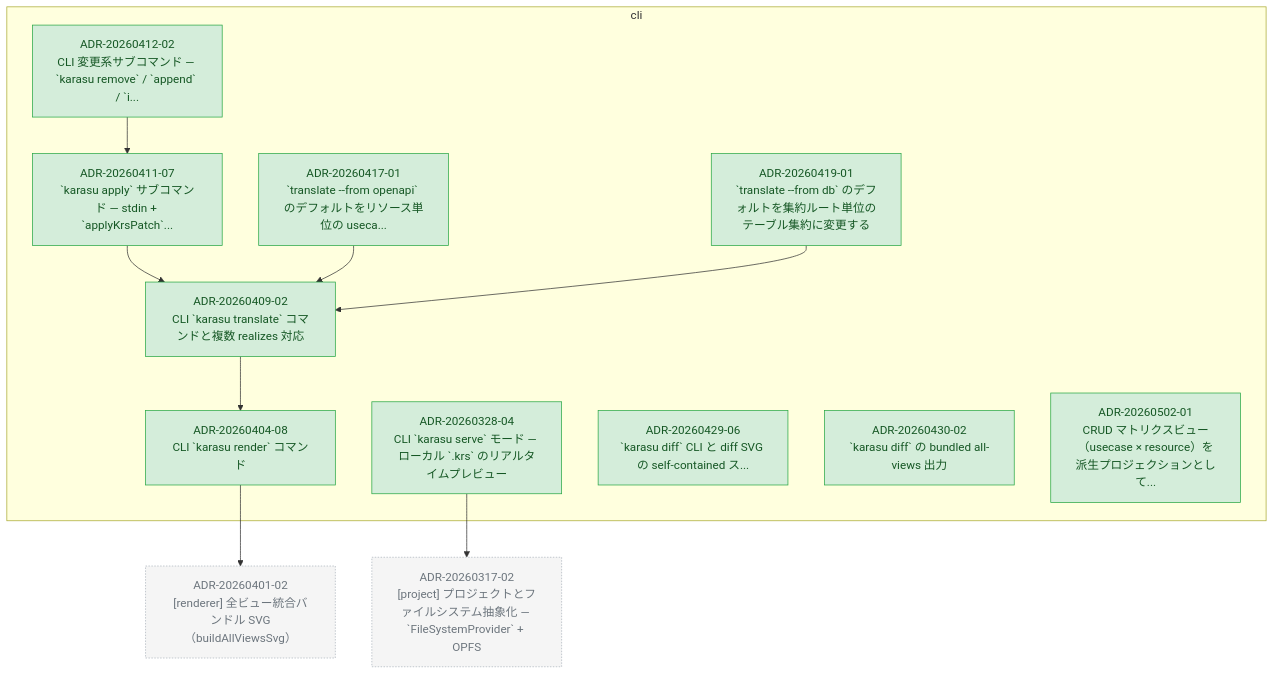
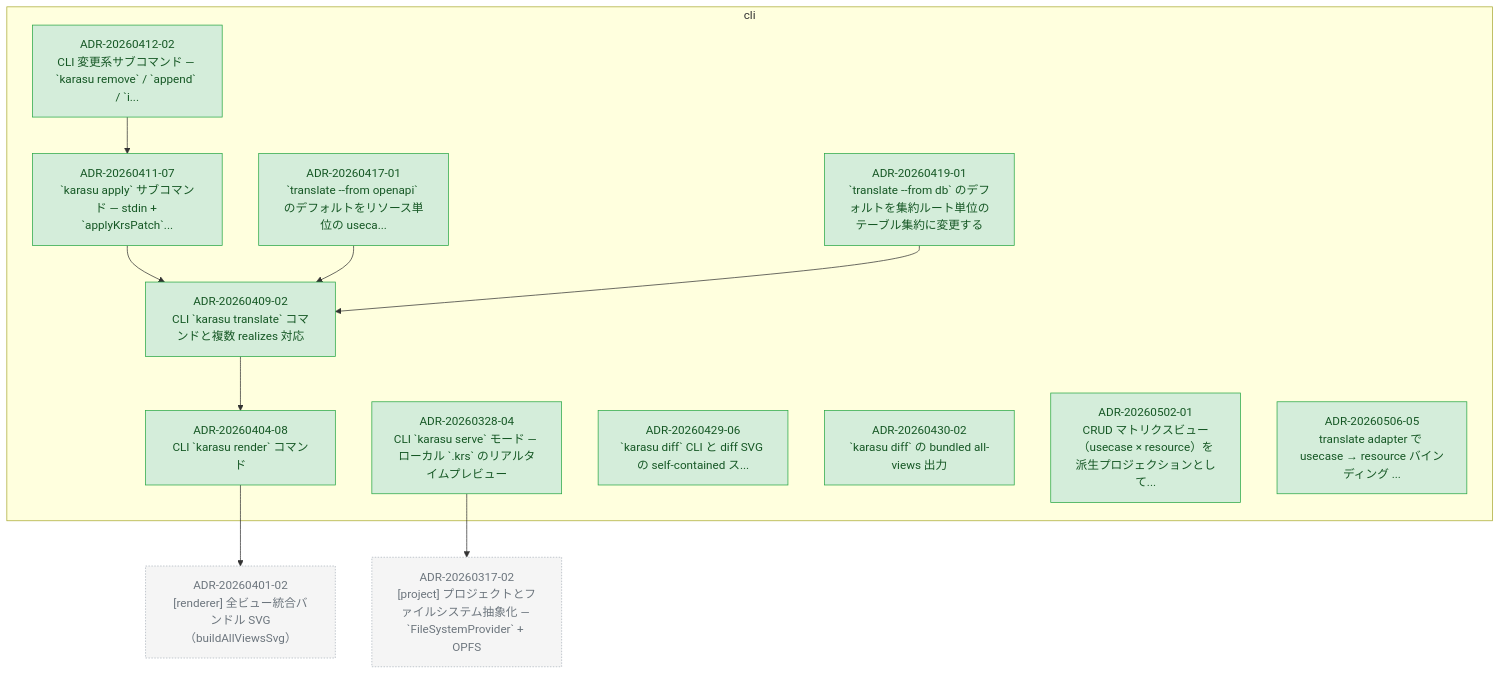
Before and after one commit to kompiro/karasu: the diagram in docs/adr/graph/cli.md, drawn with Mermaid. The commit also changed other lines of this file and 4 other files, not shown here.

First line of the commit message:
docs(adr): promote translate-crud-bindings design doc to ADR-20260506-05

````diff
--- a/docs/adr/graph/cli.md
+++ b/docs/adr/graph/cli.md
@@ -6,43 +6,45 @@
 ```mermaid
 flowchart TD
   subgraph cli["cli"]
     ADR_20260328_04["ADR-20260328-04<br/>CLI `karasu serve` モード — ローカル `.krs` のリアルタイムプレビュー"]
     ADR_20260404_08["ADR-20260404-08<br/>CLI `karasu render` コマンド"]
     ADR_20260409_02["ADR-20260409-02<br/>CLI `karasu translate` コマンドと複数 realizes 対応"]
     ADR_20260411_07["ADR-20260411-07<br/>`karasu apply` サブコマンド — stdin + `applyKrsPatch`..."]
     ADR_20260412_02["ADR-20260412-02<br/>CLI 変更系サブコマンド — `karasu remove` / `append` / `i..."]
     ADR_20260417_01["ADR-20260417-01<br/>`translate --from openapi` のデフォルトをリソース単位の useca..."]
     ADR_20260419_01["ADR-20260419-01<br/>`translate --from db` のデフォルトを集約ルート単位のテーブル集約に変更する"]
     ADR_20260429_06["ADR-20260429-06<br/>`karasu diff` CLI と diff SVG の self-contained ス..."]
     ADR_20260430_02["ADR-20260430-02<br/>`karasu diff` の bundled all-views 出力"]
     ADR_20260502_01["ADR-20260502-01<br/>CRUD マトリクスビュー（usecase × resource）を派生プロジェクションとして..."]
+    ADR_20260506_05["ADR-20260506-05<br/>translate adapter で usecase → resource バインディング ..."]
   end
   ADR_20260317_02["ADR-20260317-02<br/>[project] プロジェクトとファイルシステム抽象化 — `FileSystemProvider` + OPFS"]
   ADR_20260401_02["ADR-20260401-02<br/>[renderer] 全ビュー統合バンドル SVG（buildAllViewsSvg）"]
   ADR_20260328_04 --> ADR_20260317_02
   ADR_20260404_08 --> ADR_20260401_02
   ADR_20260409_02 --> ADR_20260404_08
   ADR_20260411_07 --> ADR_20260409_02
   ADR_20260412_02 --> ADR_20260411_07
   ADR_20260417_01 --> ADR_20260409_02
   ADR_20260419_01 --> ADR_20260409_02
 
   classDef accepted fill:#d4edda,stroke:#28a745,color:#155724
   classDef proposed fill:#fff3cd,stroke:#ffc107,color:#856404
   classDef deprecated fill:#f8d7da,stroke:#dc3545,color:#721c24
   classDef superseded fill:#e2e3e5,stroke:#6c757d,color:#383d41
   classDef not_adopted fill:#e2e3e5,stroke:#6c757d,color:#383d41,stroke-dasharray:3 3
   classDef ghost fill:#f5f5f5,stroke:#adb5bd,color:#6c757d,stroke-dasharray:2 2
   class ADR_20260328_04 accepted
   class ADR_20260404_08 accepted
   class ADR_20260409_02 accepted
   class ADR_20260411_07 accepted
   class ADR_20260412_02 accepted
   class ADR_20260417_01 accepted
   class ADR_20260419_01 accepted
   class ADR_20260429_06 accepted
   class ADR_20260430_02 accepted
   class ADR_20260502_01 accepted
+  class ADR_20260506_05 accepted
   class ADR_20260317_02 ghost
   class ADR_20260401_02 ghost
 ```
````
